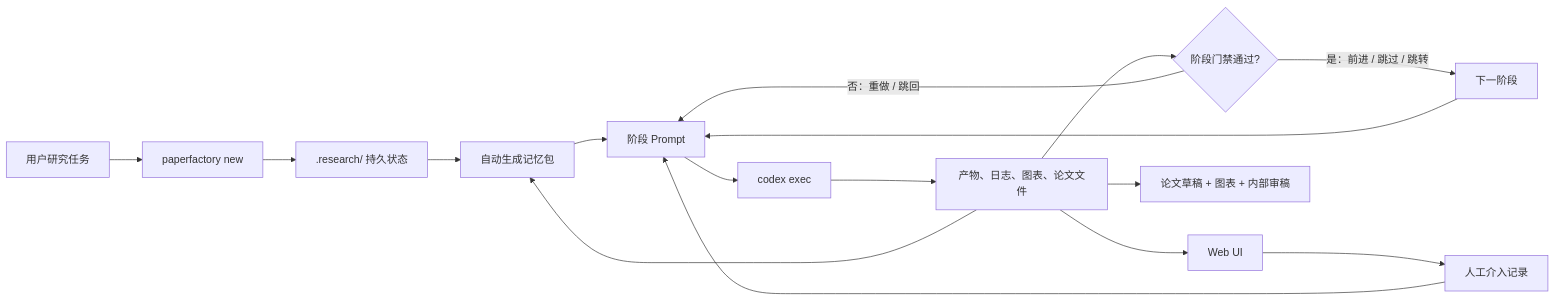
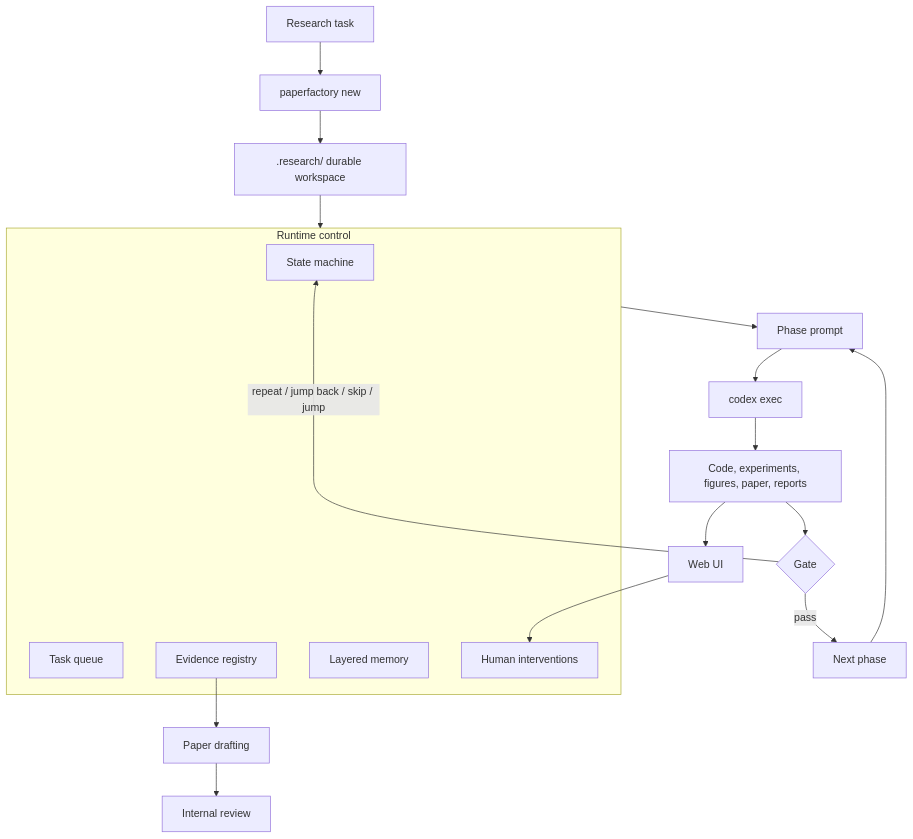
One commit to happystander/codex-PaperFactory changed the second of 2 diagrams in README.md. Above: the diagram before and after it, drawn with Mermaid. The commit also changed other lines of this file, not shown here.

````diff
--- a/README.md
+++ b/README.md
@@ -369,18 +338,26 @@
 ```mermaid
-flowchart LR
-    U["用户研究任务"] --> PF["paperfactory new"]
-    PF --> R[".research/ 持久状态"]
-    R --> M["自动生成记忆包"]
-    M --> P["阶段 Prompt"]
+flowchart TB
+    U["Research task"] --> NEW["paperfactory new"]
+    NEW --> R[".research/ durable workspace"]
+
+    subgraph Runtime["Runtime control"]
+        S["State machine"]
+        Q["Task queue"]
+        E["Evidence registry"]
+        M["Layered memory"]
+        I["Human interventions"]
+    end
+
+    R --> Runtime
+    Runtime --> P["Phase prompt"]
     P --> C["codex exec"]
-    C --> A["产物、日志、图表、论文文件"]
-    A --> M
-    A --> G{"阶段门禁通过?"}
-    G -- "否：重做 / 跳回" --> P
-    G -- "是：前进 / 跳过 / 跳转" --> N["下一阶段"]
+    C --> A["Code, experiments, figures, paper, reports"]
+    A --> G{"Gate"}
+    G -- "repeat / jump back / skip / jump" --> S
+    G -- "pass" --> N["Next phase"]
     N --> P
     A --> UI["Web UI"]
-    UI --> H["人工介入记录"]
-    H --> P
-    A --> D["论文草稿 + 图表 + 内部审稿"]
+    UI --> I
+    E --> W["Paper drafting"]
+    W --> REV["Internal review"]
 ```
````
